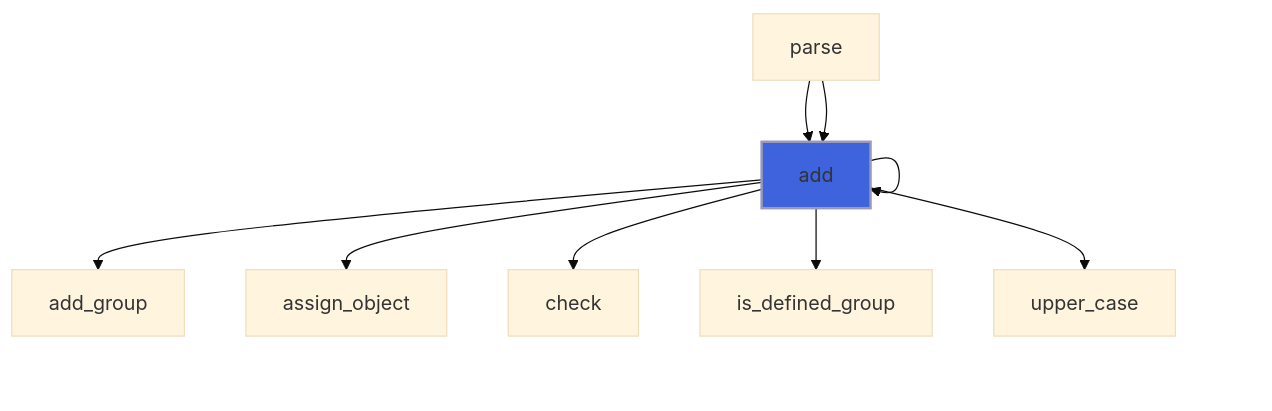
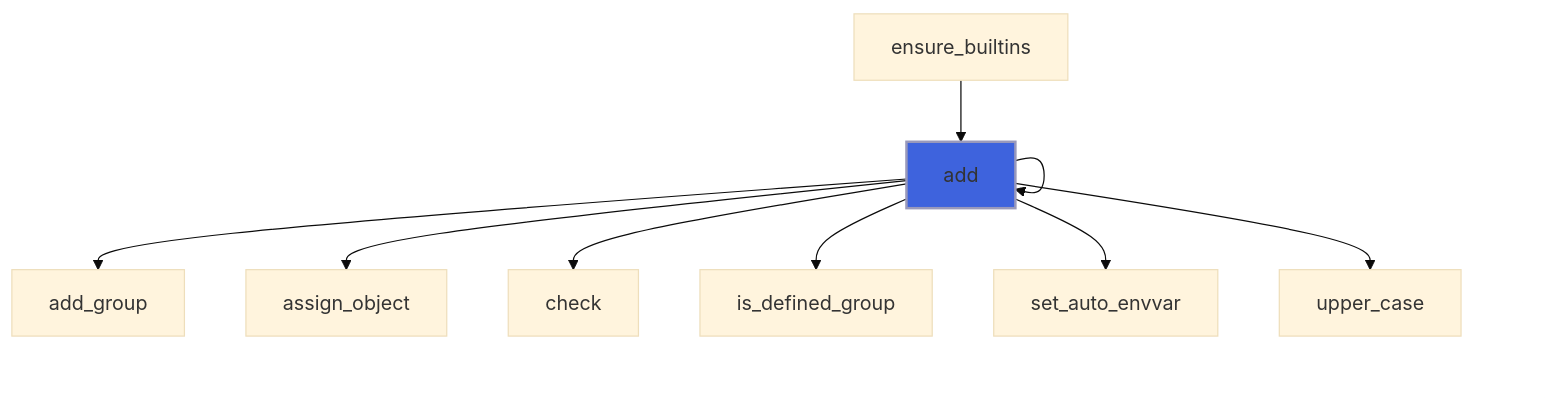
Before and after one commit to szaghi/FLAP: the tenth of 57 diagrams in docs/api/src/lib/flap_command_line_interface_t.md, drawn with Mermaid (base theme). The commit also changed other lines of this file and 17 other files, not shown here.

````diff
--- a/docs/api/src/lib/flap_command_line_interface_t.md
+++ b/docs/api/src/lib/flap_command_line_interface_t.md
@@ -330,13 +512,13 @@
 ```mermaid
 flowchart TD
   add["add"] --> add["add"]
-  parse["parse"] --> add["add"]
-  parse["parse"] --> add["add"]
+  ensure_builtins["ensure_builtins"] --> add["add"]
   add["add"] --> add["add"]
   add["add"] --> add_group["add_group"]
   add["add"] --> assign_object["assign_object"]
   add["add"] --> check["check"]
   add["add"] --> is_defined_group["is_defined_group"]
+  add["add"] --> set_auto_envvar["set_auto_envvar"]
   add["add"] --> upper_case["upper_case"]
   style add fill:#3e63dd,stroke:#99b,stroke-width:2px
 ```
````
